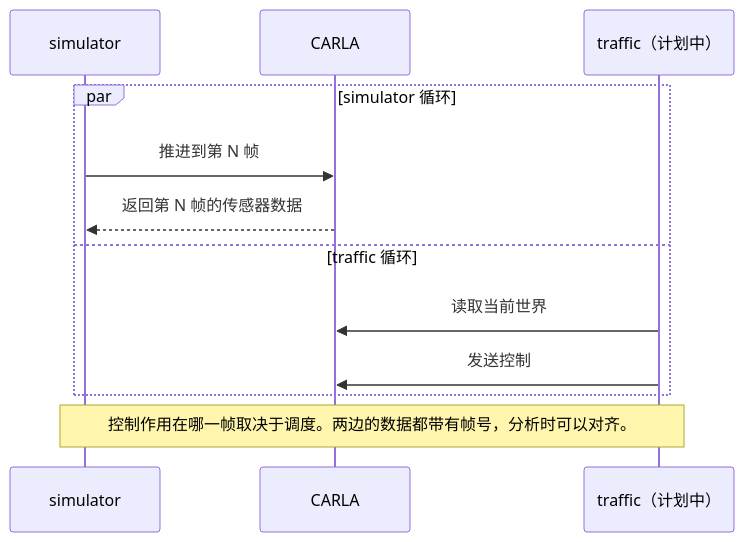
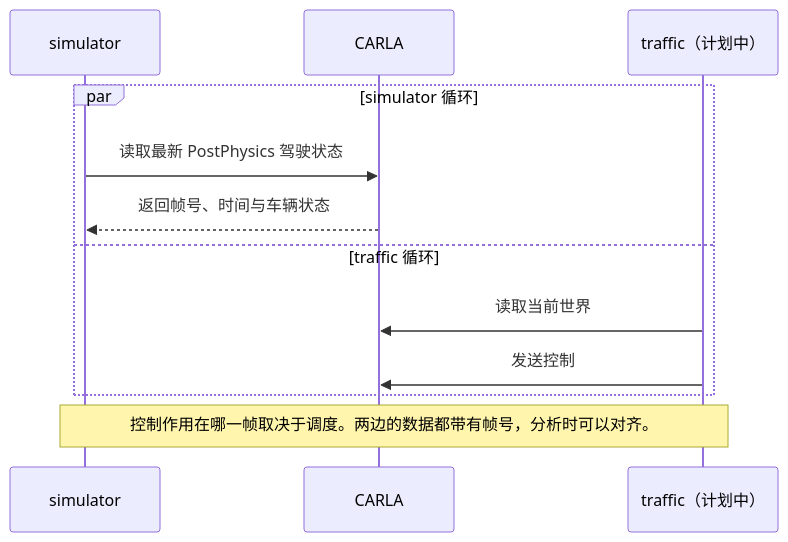
The fourth of 5 diagrams in docs/design/01-Architecture.md (ZiyuZ/DRISCA), drawn with Mermaid before and after one commit. The commit also changed other lines of this file and 12 other files, not shown here.

````diff
--- a/docs/design/01-Architecture.md
+++ b/docs/design/01-Architecture.md
@@ -201,15 +202,15 @@
 ```mermaid
 sequenceDiagram
     participant S as simulator
     participant W as CARLA
     participant T as traffic（计划中）
 
     par simulator 循环
-        S->>W: 推进到第 N 帧
-        W-->>S: 返回第 N 帧的传感器数据
+        S->>W: 读取最新 PostPhysics 驾驶状态
+        W-->>S: 返回帧号、时间与车辆状态
     and traffic 循环
         T->>W: 读取当前世界
         T->>W: 发送控制
     end
     Note over S,T: 控制作用在哪一帧取决于调度。两边的数据都带有帧号，分析时可以对齐。
 ```
````
